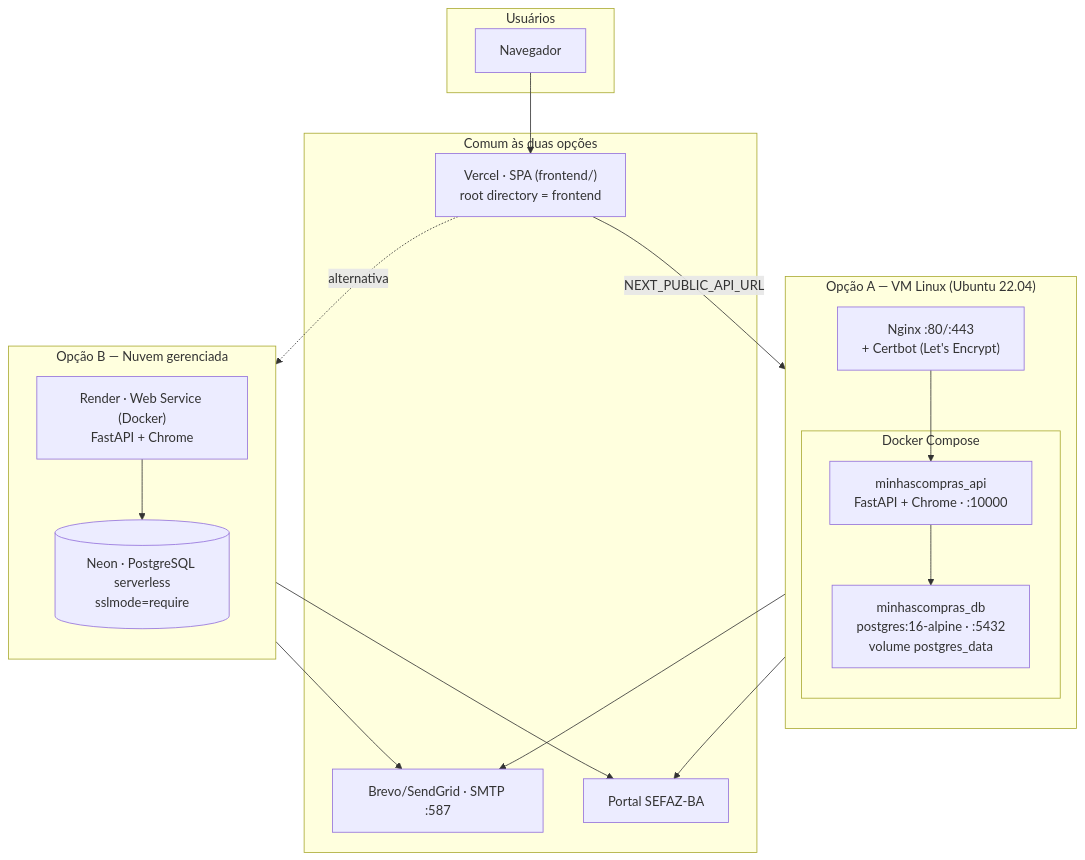
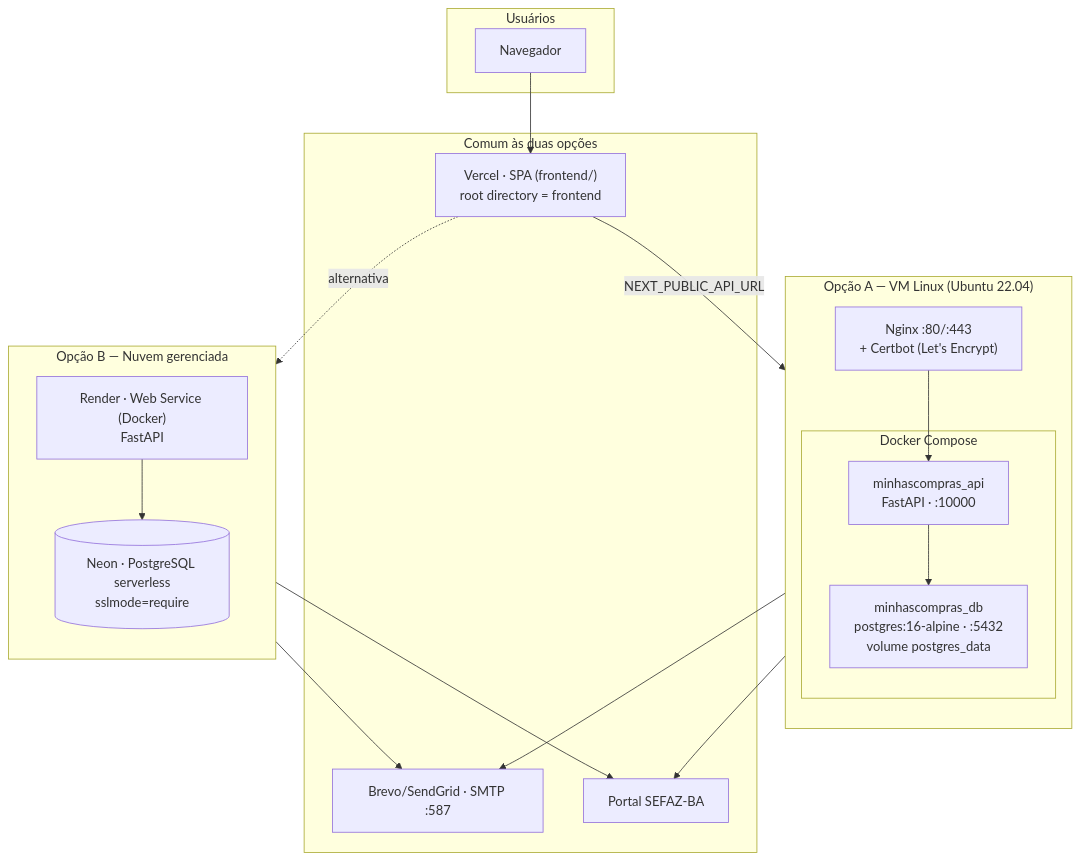
Before and after one commit to minhascomprasba/minhasCompras-BA: the tenth of 10 diagrams in README.md, drawn with Mermaid. The commit also changed other lines of this file and 21 other files, not shown here.

````diff
--- a/README.md
+++ b/README.md
@@ -861,38 +859,38 @@
 ```mermaid
 flowchart TB
     subgraph users["Usuários"]
         U["Navegador"]
     end
 
     subgraph vm["Opção A — VM Linux (Ubuntu 22.04)"]
         direction TB
         NG["Nginx :80/:443<br/>+ Certbot (Let's Encrypt)"]
         subgraph dc["Docker Compose"]
-            C1["minhascompras_api<br/>FastAPI + Chrome · :10000"]
+            C1["minhascompras_api<br/>FastAPI · :10000"]
             C2["minhascompras_db<br/>postgres:16-alpine · :5432<br/>volume postgres_data"]
         end
         NG --> C1
         C1 --> C2
     end
 
     subgraph cloud["Opção B — Nuvem gerenciada"]
         direction TB
-        RND["Render · Web Service (Docker)<br/>FastAPI + Chrome"]
+        RND["Render · Web Service (Docker)<br/>FastAPI"]
         NEON[("Neon · PostgreSQL serverless<br/>sslmode=require")]
         RND --> NEON
     end
 
     subgraph shared["Comum às duas opções"]
         VRC["Vercel · SPA (frontend/)<br/>root directory = frontend"]
         BRV["Brevo/SendGrid · SMTP :587"]
         SEF["Portal SEFAZ-BA"]
     end
 
     U --> VRC
     VRC -->|"NEXT_PUBLIC_API_URL"| NG
     VRC -.->|"alternativa"| RND
     C1 --> BRV
     C1 --> SEF
     RND --> BRV
     RND --> SEF
 ```
````
